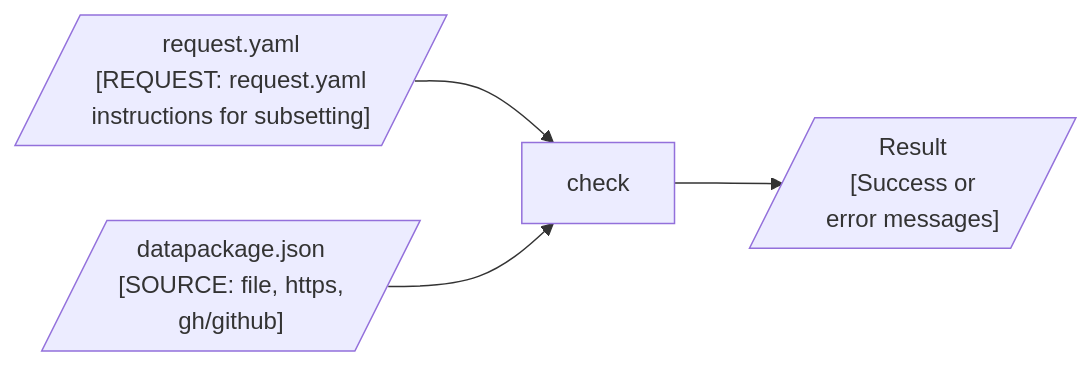
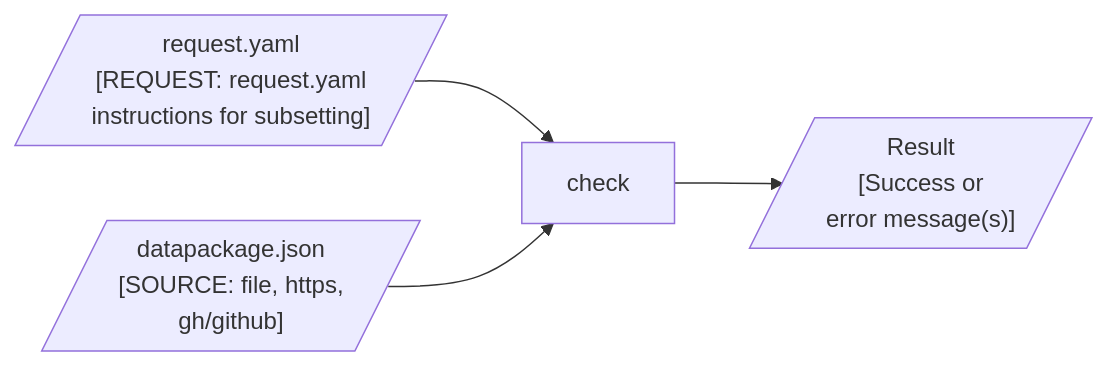
One commit to seedcase-project/seedcase-propagate changed the third of 4 diagrams in docs/design/interface/cli.qmd. Above: the diagram before and after it, drawn with Mermaid. The commit also changed other lines of this file, not shown here.

````diff
--- a/docs/design/interface/cli.qmd
+++ b/docs/design/interface/cli.qmd
@@ -188,18 +188,18 @@
 ```{mermaid}
 %%| label: fig-cli-check-flow
 %%| fig-cap: "The flow of input and output through the CLI `check` command."
 %%| fig-alt: >-
 %%|   Diagram showing the flow of input and output through the CLI `check`
 %%|   command. The user provides the request file and the source of the metadata
 %%|   file.
 
 flowchart LR
     source[/"datapackage.json<br>[SOURCE: file, https,<br>gh/github]"/]
     check["check"]
     request[/"request.yaml<br>[REQUEST: request.yaml<br>instructions for subsetting]"/]
-    output[/"Result<br>[Success or<br>error messages]"/]
+    output[/"Result<br>[Success or<br>error message(s)]"/]
 
     request --> check
     source --> check
     check --> output
 ```
````
